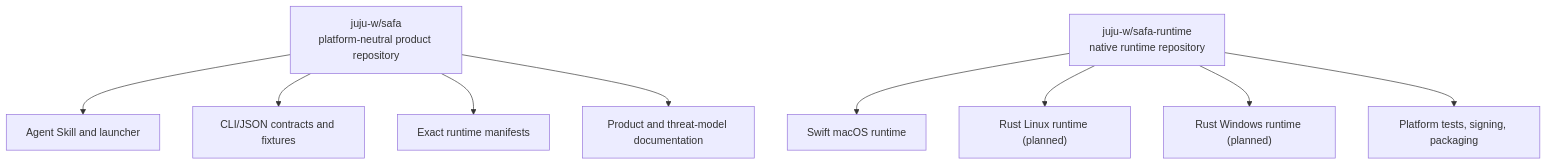
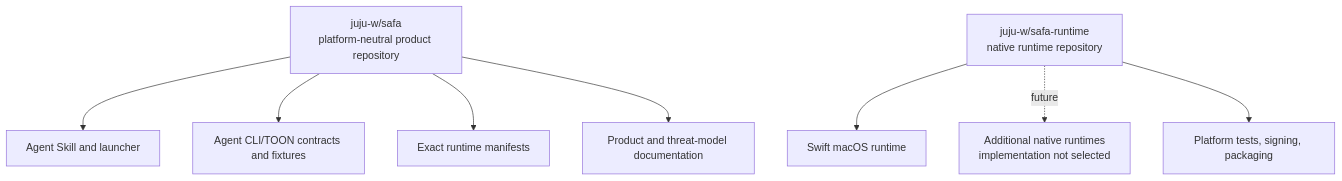
The first of 3 diagrams in docs/architecture.md (juju-w/safa), drawn with Mermaid before and after one commit. The commit also changed other lines of this file and 42 other files, not shown here.

````diff
--- a/docs/architecture.md
+++ b/docs/architecture.md
@@ -14,15 +14,14 @@
 ```mermaid
 flowchart TB
     Product["juju-w/safa\nplatform-neutral product repository"]
     Runtime["juju-w/safa-runtime\nnative runtime repository"]
 
     Product --> Skill["Agent Skill and launcher"]
-    Product --> PublicContracts["CLI/JSON contracts and fixtures"]
+    Product --> PublicContracts["Agent CLI/TOON contracts and fixtures"]
     Product --> Manifest["Exact runtime manifests"]
     Product --> ProductDocs["Product and threat-model documentation"]
 
     Runtime --> Swift["Swift macOS runtime"]
-    Runtime --> RustLinux["Rust Linux runtime (planned)"]
-    Runtime --> RustWindows["Rust Windows runtime (planned)"]
+    Runtime -. future .-> Other["Additional native runtimes\nimplementation not selected"]
     Runtime --> RuntimeTests["Platform tests, signing, packaging"]
 ```
````
